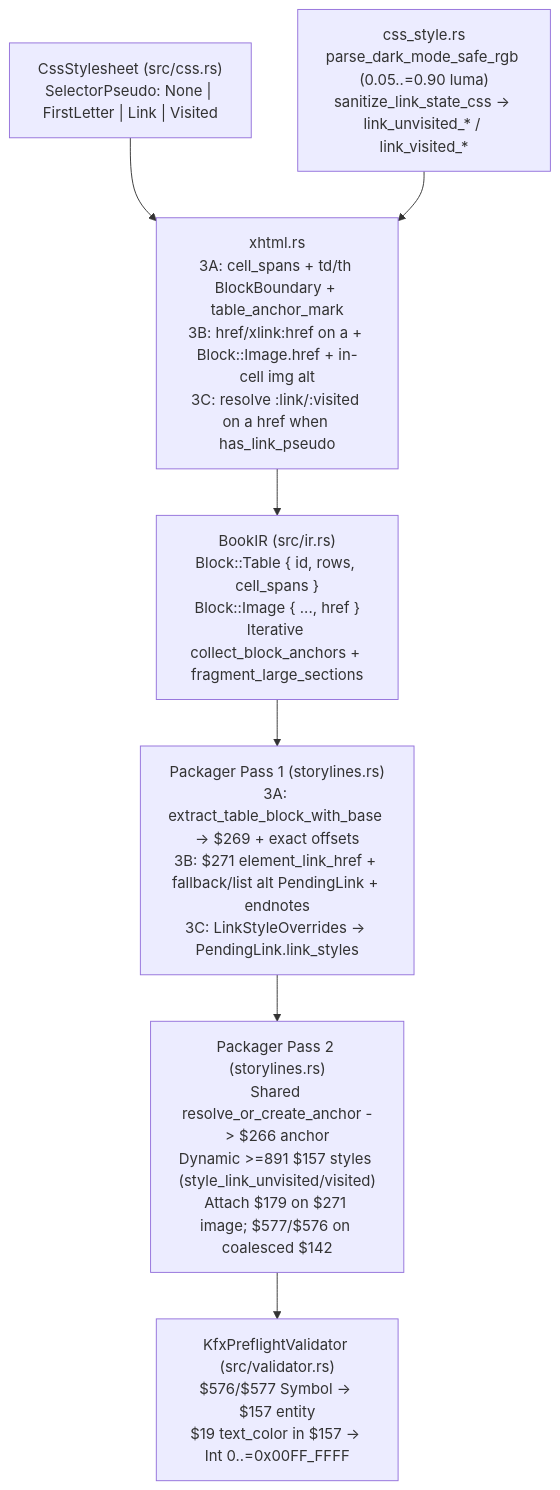
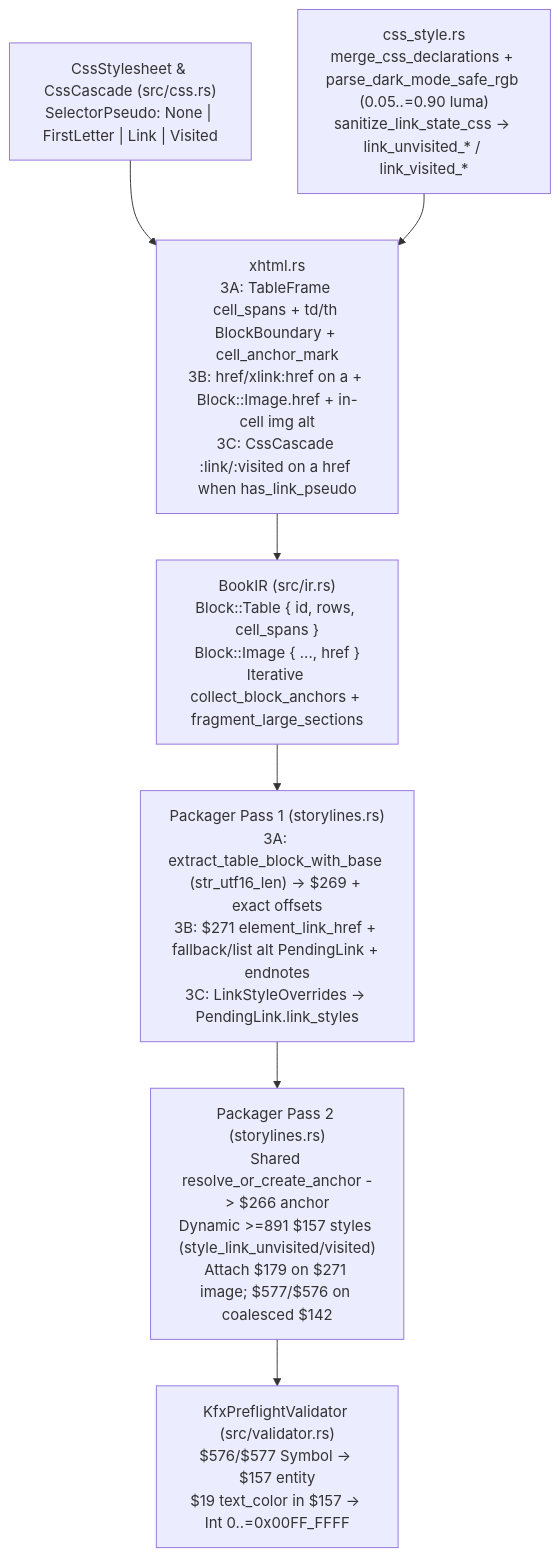
One commit to hwanjongyu/kfx_converter changed the diagram in docs/specs/spec-epub-kfx-links-stage3.md. Above: the diagram before and after it, drawn with Mermaid. The commit also changed other lines of this file and 13 other files, not shown here.

````diff
--- a/docs/specs/spec-epub-kfx-links-stage3.md
+++ b/docs/specs/spec-epub-kfx-links-stage3.md
@@ -34,14 +34,14 @@
 ```mermaid
 flowchart TD
-    CSS["CssStylesheet (src/css.rs)<br/>SelectorPseudo: None | FirstLetter | Link | Visited"]
-    STYLE_SAN["css_style.rs<br/>parse_dark_mode_safe_rgb (0.05..=0.90 luma)<br/>sanitize_link_state_css -> link_unvisited_* / link_visited_*"]
-    XHTML["xhtml.rs<br/>3A: cell_spans + td/th BlockBoundary + table_anchor_mark<br/>3B: href/xlink:href on a + Block::Image.href + in-cell img alt<br/>3C: resolve :link/:visited on a href when has_link_pseudo"]
+    CSS["CssStylesheet & CssCascade (src/css.rs)<br/>SelectorPseudo: None | FirstLetter | Link | Visited"]
+    STYLE_SAN["css_style.rs<br/>merge_css_declarations + parse_dark_mode_safe_rgb (0.05..=0.90 luma)<br/>sanitize_link_state_css -> link_unvisited_* / link_visited_*"]
+    XHTML["xhtml.rs<br/>3A: TableFrame cell_spans + td/th BlockBoundary + cell_anchor_mark<br/>3B: href/xlink:href on a + Block::Image.href + in-cell img alt<br/>3C: CssCascade :link/:visited on a href when has_link_pseudo"]
     IR["BookIR (src/ir.rs)<br/>Block::Table { id, rows, cell_spans }<br/>Block::Image { ..., href }<br/>Iterative collect_block_anchors + fragment_large_sections"]
-    P1["Packager Pass 1 (storylines.rs)<br/>3A: extract_table_block_with_base -> $269 + exact offsets<br/>3B: $271 element_link_href + fallback/list alt PendingLink + endnotes<br/>3C: LinkStyleOverrides -> PendingLink.link_styles"]
+    P1["Packager Pass 1 (storylines.rs)<br/>3A: extract_table_block_with_base (str_utf16_len) -> $269 + exact offsets<br/>3B: $271 element_link_href + fallback/list alt PendingLink + endnotes<br/>3C: LinkStyleOverrides -> PendingLink.link_styles"]
     P2["Packager Pass 2 (storylines.rs)<br/>Shared resolve_or_create_anchor -> $266 anchor<br/>Dynamic >=891 $157 styles (style_link_unvisited/visited)<br/>Attach $179 on $271 image; $577/$576 on coalesced $142"]
     VAL["KfxPreflightValidator (src/validator.rs)<br/>$576/$577 Symbol -> $157 entity<br/>$19 text_color in $157 -> Int 0..=0x00FF_FFFF"]
 
     CSS --> XHTML
     STYLE_SAN --> XHTML
     XHTML --> IR --> P1 --> P2 --> VAL
 ```
````
